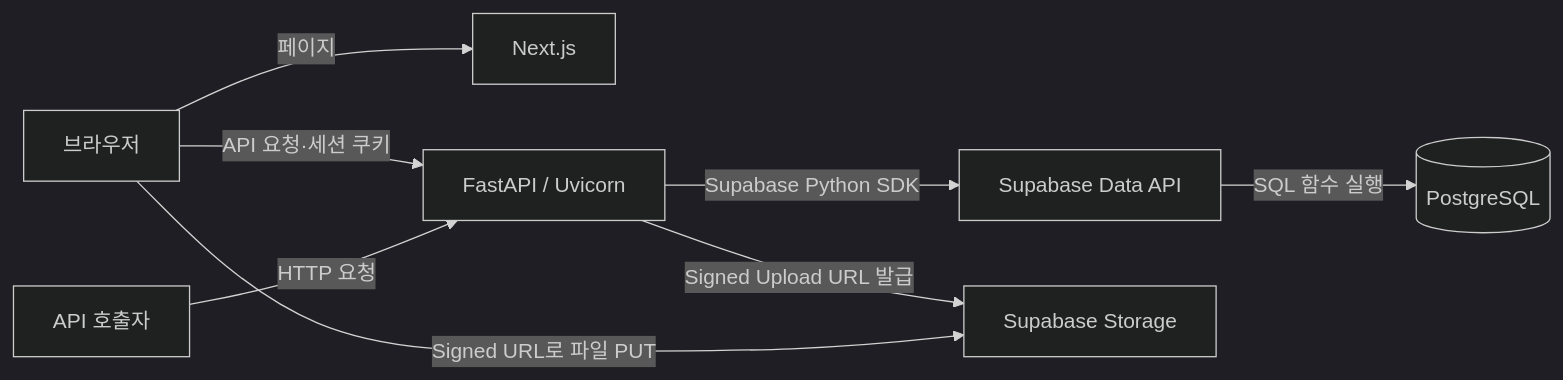
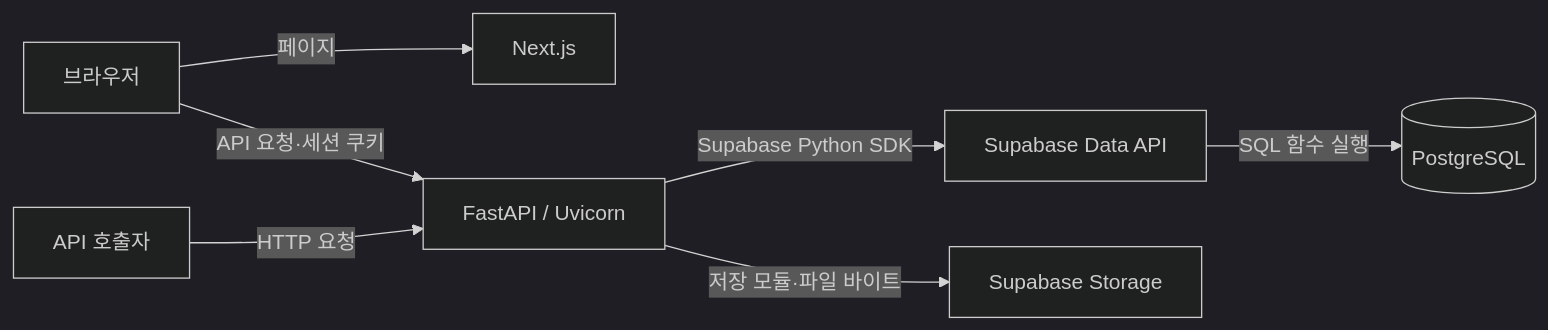
Before and after one commit to gomin-diary/gomin: the diagram in docs/ARCHITECTURE.md, drawn with Mermaid (dark theme). The commit also changed other lines of this file and 15 other files, not shown here.

Commit message:
feat: Supabase Storage 파일 저장 모듈로 전환

````diff
--- a/docs/ARCHITECTURE.md
+++ b/docs/ARCHITECTURE.md
@@ -63,10 +64,9 @@
 ```mermaid
 flowchart LR
     Browser[브라우저] -->|페이지| Web[Next.js]
     Browser -->|API 요청·세션 쿠키| API[FastAPI / Uvicorn]
     Caller[API 호출자] -->|HTTP 요청| API[FastAPI / Uvicorn]
     API -->|Supabase Python SDK| DataAPI[Supabase Data API]
     DataAPI -->|SQL 함수 실행| DB[(PostgreSQL)]
-    API -->|Signed Upload URL 발급| Storage[Supabase Storage]
-    Browser -->|Signed URL로 파일 PUT| Storage
+    API -->|저장 모듈·파일 바이트| Storage[Supabase Storage]
 ```
````
